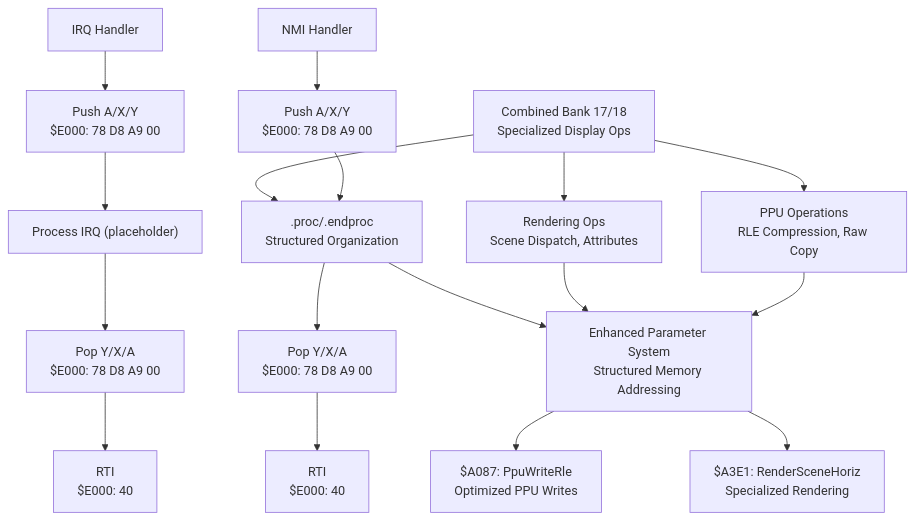
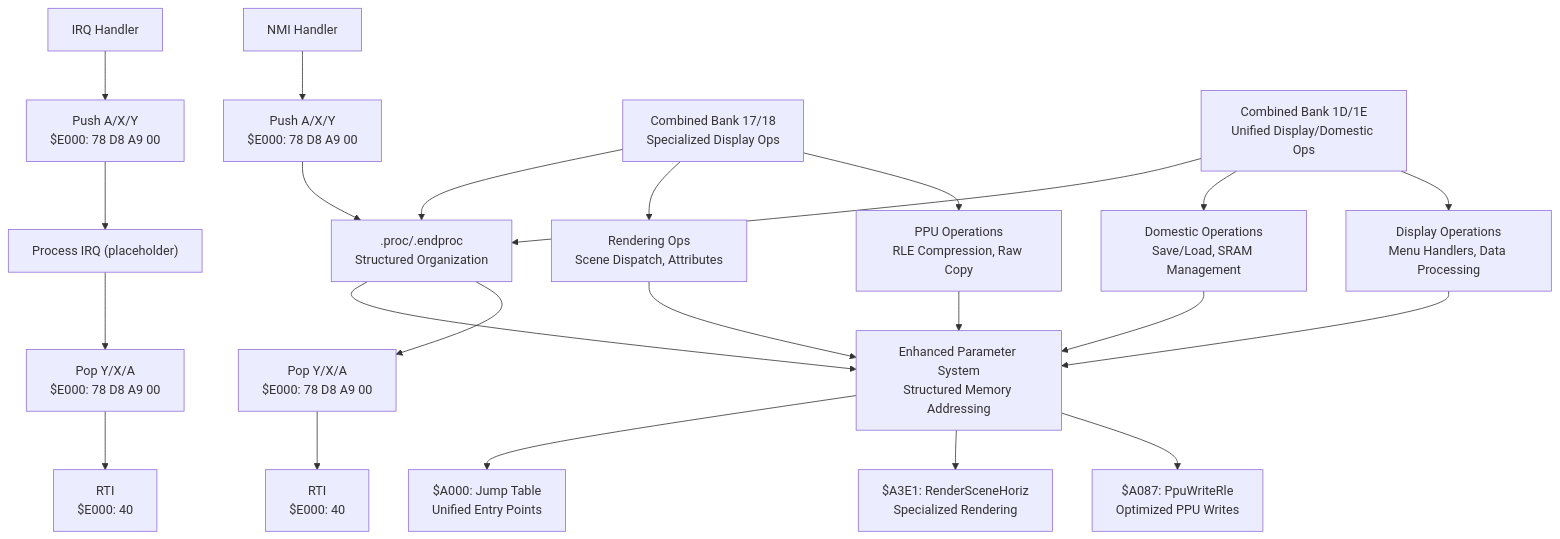
The ninth of 11 diagrams in .qoder/repowiki/en/content/Assembly Architecture/Assembly Architecture.md (rabbyzero/sango2dasm), drawn with Mermaid before and after one commit. The commit also changed other lines of this file and 15 other files, not shown here.

````diff
--- a/.qoder/repowiki/en/content/Assembly Architecture/Assembly Architecture.md
+++ b/.qoder/repowiki/en/content/Assembly Architecture/Assembly Architecture.md
@@ -381,20 +487,26 @@
 ```mermaid
 flowchart TD
 NMI["NMI Handler"] --> SAVE["Push A/X/Y<br/>$E000: 78 D8 A9 00"]
 SAVE --> PROC["Process NMI (placeholder)"]
 PROC --> RESTORE["Pop Y/X/A<br/>$E000: 78 D8 A9 00"]
 RESTORE --> RTI["RTI<br/>$E000: 40"]
 IRQ["IRQ Handler"] --> SAVE2["Push A/X/Y<br/>$E000: 78 D8 A9 00"]
 SAVE2 --> PROC2["Process IRQ (placeholder)"]
 PROC2 --> RESTORE2["Pop Y/X/A<br/>$E000: 78 D8 A9 00"]
 RESTORE2 --> RTI2["RTI<br/>$E000: 40"]
-COMBINED["Combined Bank 17/18<br/>Specialized Display Ops"] --> PPUOPS["PPU Operations<br/>RLE Compression, Raw Copy"]
-COMBINED --> RENDEROPS["Rendering Ops<br/>Scene Dispatch, Attributes"]
-COMBINED --> PROC[".proc/.endproc<br/>Structured Organization"]
+COMBINED17_18["Combined Bank 17/18<br/>Specialized Display Ops"] --> PPUOPS["PPU Operations<br/>RLE Compression, Raw Copy"]
+COMBINED17_18 --> RENDEROPS["Rendering Ops<br/>Scene Dispatch, Attributes"]
+COMBINED17_18 --> PROC[".proc/.endproc<br/>Structured Organization"]
+COMBINED1D_1E["Combined Bank 1D/1E<br/>Unified Display/Domestic Ops"] --> DISPLAYOPS["Display Operations<br/>Menu Handlers, Data Processing"]
+COMBINED1D_1E --> DOMESTICOPS["Domestic Operations<br/>Save/Load, SRAM Management"]
+COMBINED1D_1E --> PROC
 PARAMSYS["Enhanced Parameter System<br/>Structured Memory Addressing"]
 PPUOPS --> PARAMSYS
 RENDEROPS --> PARAMSYS
+DISPLAYOPS --> PARAMSYS
+DOMESTICOPS --> PARAMSYS
 PROC --> PARAMSYS
 PARAMSYS --> OPTIMIZED["$A087: PpuWriteRle<br/>Optimized PPU Writes"]
 PARAMSYS --> SPECIALIZED["$A3E1: RenderSceneHoriz<br/>Specialized Rendering"]
+PARAMSYS --> UNIFIED["$A000: Jump Table<br/>Unified Entry Points"]
 ```
````
